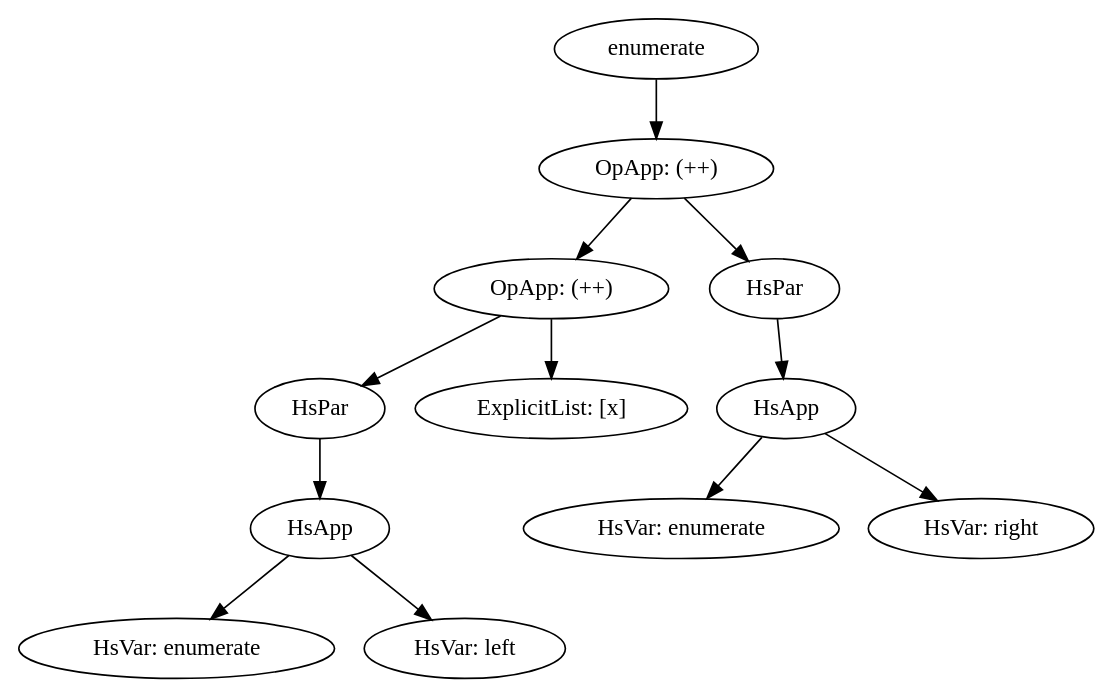
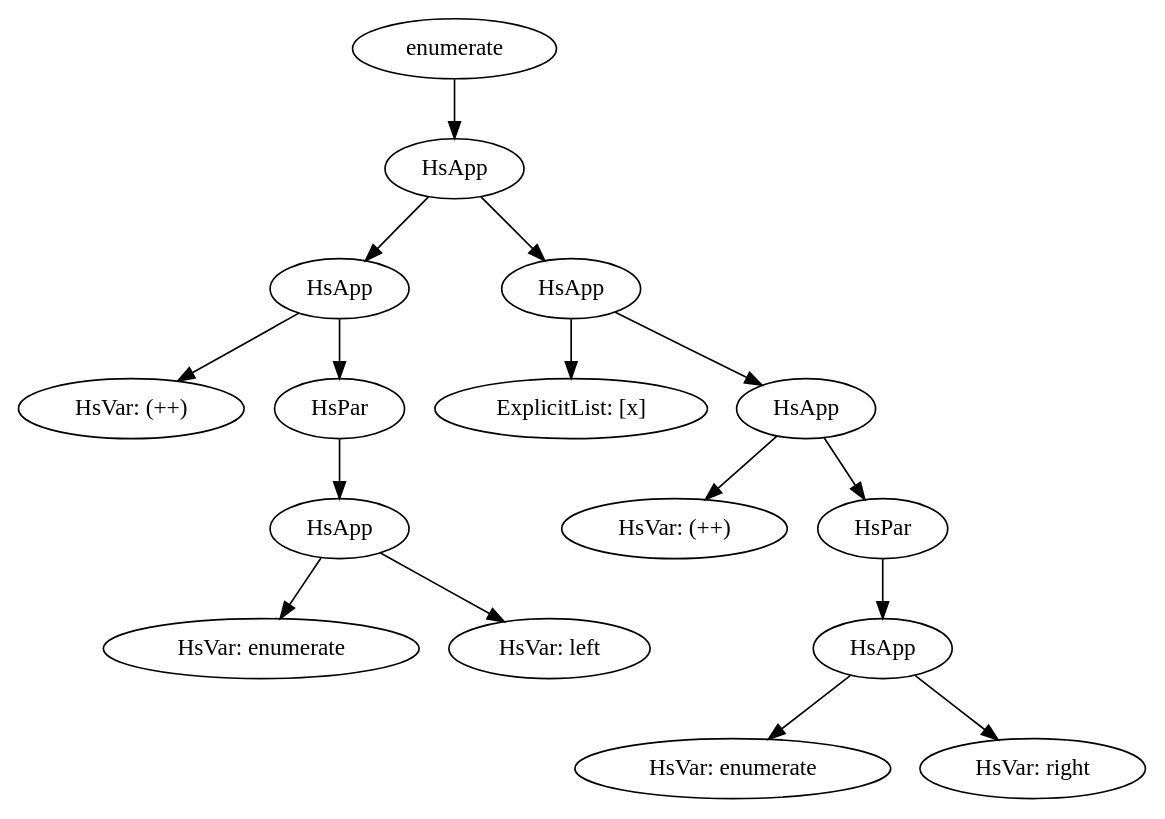
One commit to SAdams601/Thesis changed the diagram in graphVis/enumerate.gv. Above: the diagram before and after it, drawn with Graphviz. The commit also changed 2 other files, not shown here.

Commit message:
Fixed the issue with the enumerate graph. Its also now desugared

```diff
--- a/graphVis/enumerate.gv
+++ b/graphVis/enumerate.gv
@@ -1,78 +1,93 @@
 digraph G {
-enumerate;
-lApp [label="OpApp: (++)"];
-rApp [label="OpApp: (++)"];
-lEApp [label="HsApp"];
-lPar [label="HsPar"];
-lEnum [label="HsVar: enumerate"];
-left [label="HsVar: left"];
+enumerate -> rApp1;
 
-lst [label="ExplicitList: [x]"];
+	subgraph left {
+		opAppL [label="HsApp"];
+		lApp [label="HsVar: (++)"];
+		opAppL -> lApp;
+		opAppL -> lPar;	
+	}
 
-rPar [label="HsPar"];
-rEApp [label="HsApp"];
-rEnum [label="HsVar: enumerate"];
-right [label="HsVar: right"];
+	subgraph lPar {
+		lPar [label="HsPar"];
+		lEnum [label="HsVar: enumerate"];
+		left [label="HsVar: left"];
+		pApp1 [label="HsApp"];
+		lPar -> pApp1;
+		pApp1 -> lEnum;
+		pApp1 -> left;
+	}
 
-enumerate -> rApp;
-rApp -> lApp;
+	subgraph right {
+		lst [label="ExplicitList: [x]"];
+		rApp [label="HsVar: (++)"];
+		rApp1 [label="HsApp"];
+		rApp2 [label="HsApp"];
+		rApp3 [label="HsApp"];
+		rApp1 -> opAppL;
+		rApp1 -> rApp2;
+		rApp2 -> lst;
+		rApp2 -> rApp3
+		rApp3 -> rApp;
+		rApp3 -> rPar;
+	}
+	
+	subgraph rPar {
+		rPar [label="HsPar"];
+		rEApp [label="HsApp"];
+		rEnum [label="HsVar: enumerate"];
+		right [label="HsVar: right"];
+		rPar -> rEApp;
+		rEApp -> rEnum;
+		rEApp -> right;
+	}
 
-lApp -> lPar;
-lPar -> lEApp;
-lEApp -> lEnum;
-lEApp -> left;
-lApp -> lst;
-
-rApp -> rPar;
-rPar -> rEApp;
-rEApp -> rEnum;
-rEApp -> right;
 }
 
 
 //enumerate (Node left x right) = (enumerate left) ++ [x] ++ (enumerate right)
 
 /*
 (L {test/testdata/HughesList/HList2.hs:8:33-76} 
                  (OpApp 
                   (L {test/testdata/HughesList/HList2.hs:8:33-55} 
                    (OpApp 
                     (L {test/testdata/HughesList/HList2.hs:8:33-48} 
                      (HsPar 
                       (L {test/testdata/HughesList/HList2.hs:8:34-47} 
                        (HsApp 
                         (L {test/testdata/HughesList/HList2.hs:8:34-42} 
                          (HsVar 
                           (Unqual {OccName: enumerate}))) 
                         (L {test/testdata/HughesList/HList2.hs:8:44-47} 
                          (HsVar 
                           (Unqual {OccName: left}))))))) 
                     (L {test/testdata/HughesList/HList2.hs:8:50-51} 
                      (HsVar 
                       (Unqual {OccName: ++}))) 
                     (PlaceHolder) 
                     (L {test/testdata/HughesList/HList2.hs:8:53-55} 
                      (ExplicitList 
                       (PlaceHolder) 
                       (Nothing) 
                       [
                        (L {test/testdata/HughesList/HList2.hs:8:54} 
                         (HsVar 
                          (Unqual {OccName: x})))])))) 
 
                          (L {test/testdata/HughesList/HList2.hs:8:57-58} 
                    (HsVar 
                     (Unqual {OccName: ++}))) 
                   (PlaceHolder) 
                   (L {test/testdata/HughesList/HList2.hs:8:60-76} 
                    (HsPar 
                     (L {test/testdata/HughesList/HList2.hs:8:61-75} 
                      (HsApp 
                       (L {test/testdata/HughesList/HList2.hs:8:61-69} 
                        (HsVar 
                         (Unqual {OccName: enumerate}))) 
                       (L {test/testdata/HughesList/HList2.hs:8:71-75} 
                        (HsVar 
                         (Unqual {OccName: right})))))))))
 
 */
```
